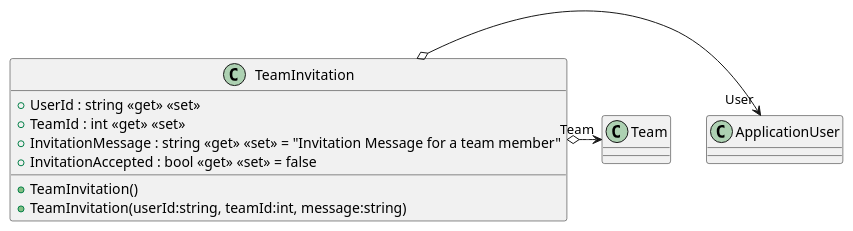
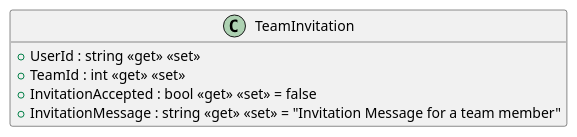
One commit to ISII2627Erasmus/Barca changed the diagram in src/AppForSEII.API/ClassDiagram/TeamInvitation.puml. Above: the diagram before and after it, drawn with PlantUML. The commit also changed 7 other files, not shown here.

First line of the commit message:
Update models and class diagrams for Create Team use case. Applicatio… (#40)

```diff
--- a/src/AppForSEII.API/ClassDiagram/TeamInvitation.puml
+++ b/src/AppForSEII.API/ClassDiagram/TeamInvitation.puml
@@ -1,10 +1,12 @@
+@startuml
+hide methods
 class TeamInvitation {
     + TeamInvitation()
     + TeamInvitation(userId:string, teamId:int, message:string)
     + UserId : string <<get>> <<set>>
     + TeamId : int <<get>> <<set>>
+    + InvitationAccepted : bool <<get>> <<set>> = false
     + InvitationMessage : string <<get>> <<set>> = "Invitation Message for a team member"
-    + InvitationAccepted : bool <<get>> <<set>> = false
+
 }
-TeamInvitation o-> "User" ApplicationUser
-TeamInvitation o-> "Team" Team
+@enduml
```
